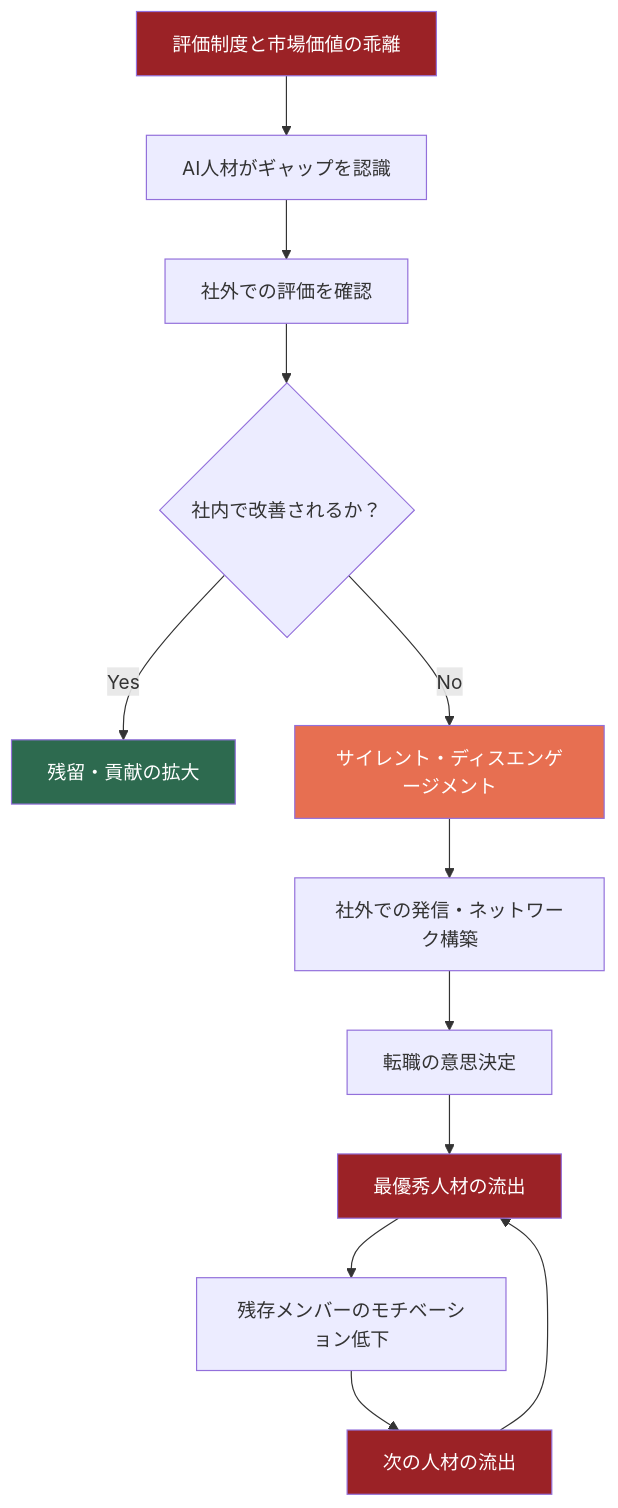
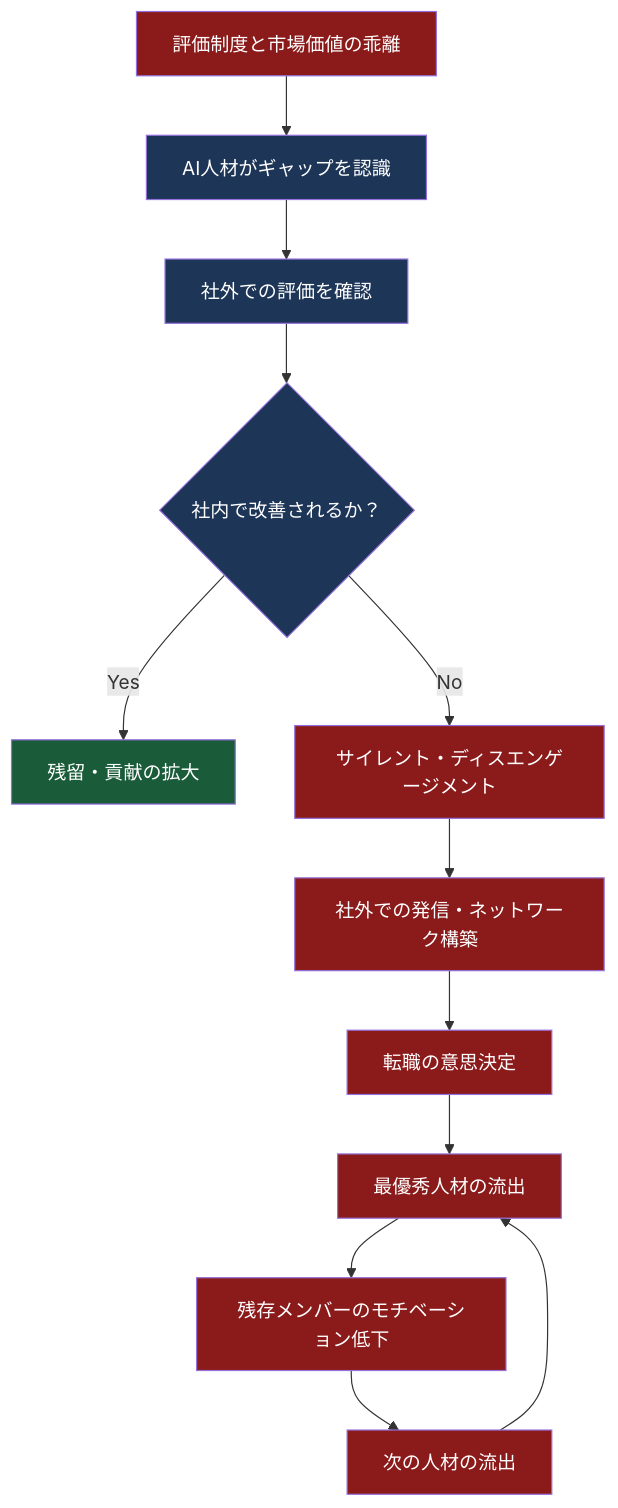
Before and after one commit to Leading-AI-IO/the-ai-organization: the eighth of 14 diagrams in docs/jp/the-ai-organization_JP.md, drawn with Mermaid. The commit also changed other lines of this file, not shown here.

````diff
--- a/docs/jp/the-ai-organization_JP.md
+++ b/docs/jp/the-ai-organization_JP.md
@@ -665,20 +673,26 @@
 ```mermaid
 graph TD
-    A[評価制度と市場価値の乖離] --> B[AI人材がギャップを認識]
-    B --> C[社外での評価を確認]
-    C --> D{社内で改善されるか？}
-    D -->|Yes| E[残留・貢献の拡大]
-    D -->|No| F[サイレント・ディスエンゲージメント]
-    F --> G[社外での発信・ネットワーク構築]
-    G --> H[転職の意思決定]
-    H --> I[最優秀人材の流出]
-    I --> J[残存メンバーのモチベーション低下]
-    J --> K[次の人材の流出]
+    A["評価制度と市場価値の乖離"] --> B["AI人材がギャップを認識"]
+    B --> C["社外での評価を確認"]
+    C --> D{"社内で改善されるか？"}
+    D -->|"Yes"| E["残留・貢献の拡大"]
+    D -->|"No"| F["サイレント・ディスエンゲージメント"]
+    F --> G["社外での発信・ネットワーク構築"]
+    G --> H["転職の意思決定"]
+    H --> I["最優秀人材の流出"]
+    I --> J["残存メンバーのモチベーション低下"]
+    J --> K["次の人材の流出"]
     K --> I
 
-    style A fill:#9b2226,color:#fff
-    style F fill:#e76f51,color:#fff
-    style I fill:#9b2226,color:#fff
-    style K fill:#9b2226,color:#fff
-    style E fill:#2d6a4f,color:#fff
+    style A fill:#8b1a1a,color:#fff
+    style B fill:#1d3557,color:#fff
+    style C fill:#1d3557,color:#fff
+    style D fill:#1d3557,color:#fff
+    style E fill:#1a5c3a,color:#fff
+    style F fill:#8b1a1a,color:#fff
+    style G fill:#8b1a1a,color:#fff
+    style H fill:#8b1a1a,color:#fff
+    style I fill:#8b1a1a,color:#fff
+    style J fill:#8b1a1a,color:#fff
+    style K fill:#8b1a1a,color:#fff
 ```
````
